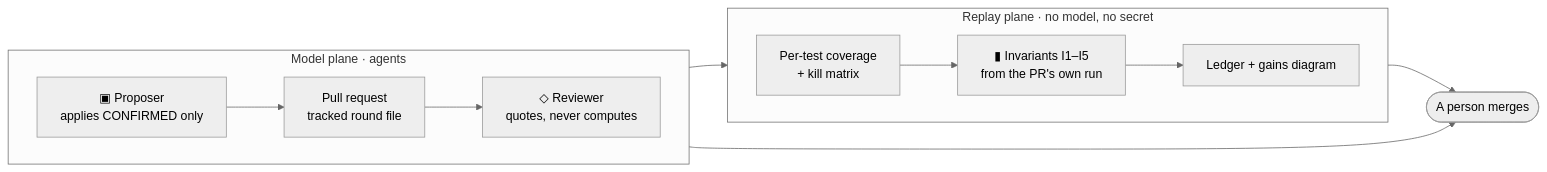
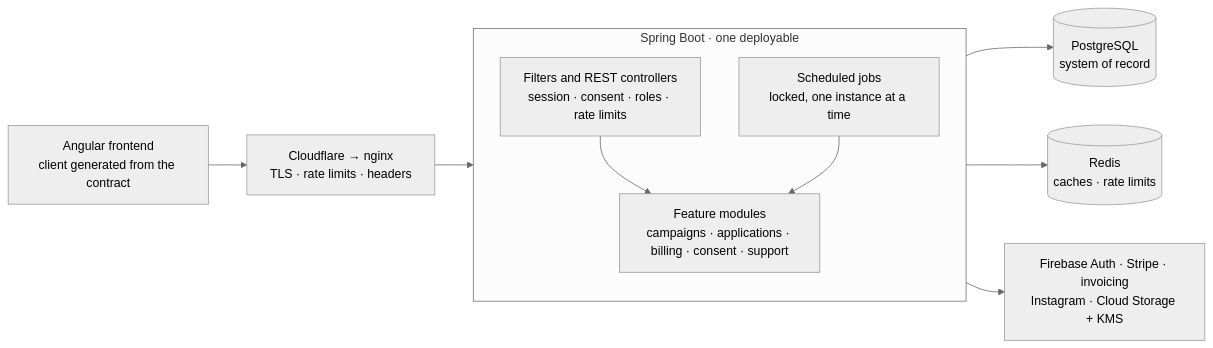
Before and after one commit to Check-It-Out-Dev/checkitout-backend: the diagram in README.md, drawn with Mermaid (neutral theme). The commit also changed other lines of this file, not shown here.

First line of the commit message:
The README is written for a developer: what it is, what proves it, how to run it

````diff
--- a/README.md
+++ b/README.md
@@ -394,16 +57,19 @@
 ```mermaid
 flowchart LR
-  subgraph model["Model plane · agents"]
-    direction LR
-    P["▣ Proposer<br/>applies CONFIRMED only"] --> PR["Pull request<br/>tracked round file"]
-    PR --> R["◇ Reviewer<br/>quotes, never computes"]
-  end
-  subgraph replay["Replay plane · no model, no secret"]
-    direction LR
-    M["Per-test coverage<br/>+ kill matrix"] --> G["▮ Invariants I1–I5<br/>from the PR's own run"]
-    G --> L["Ledger + gains diagram"]
-  end
-  PR --> G
-  L --> H(["A person merges"])
-  R --> H
+    FE["Angular frontend<br/>client generated from the contract"]
+    EDGE["Cloudflare → nginx<br/>TLS · rate limits · headers"]
+    FE --> EDGE --> API
+
+    subgraph APP["Spring Boot · one deployable"]
+        direction TB
+        API["Filters and REST controllers<br/>session · consent · roles · rate limits"]
+        SVC["Feature modules<br/>campaigns · applications · billing · consent · support"]
+        JOB["Scheduled jobs<br/>locked, one instance at a time"]
+        API --> SVC
+        JOB --> SVC
+    end
+
+    SVC --> PG[("PostgreSQL<br/>system of record")]
+    SVC --> RD[("Redis<br/>caches · rate limits")]
+    SVC --> EXT["Firebase Auth · Stripe · invoicing<br/>Instagram · Cloud Storage + KMS"]
 ```
````
